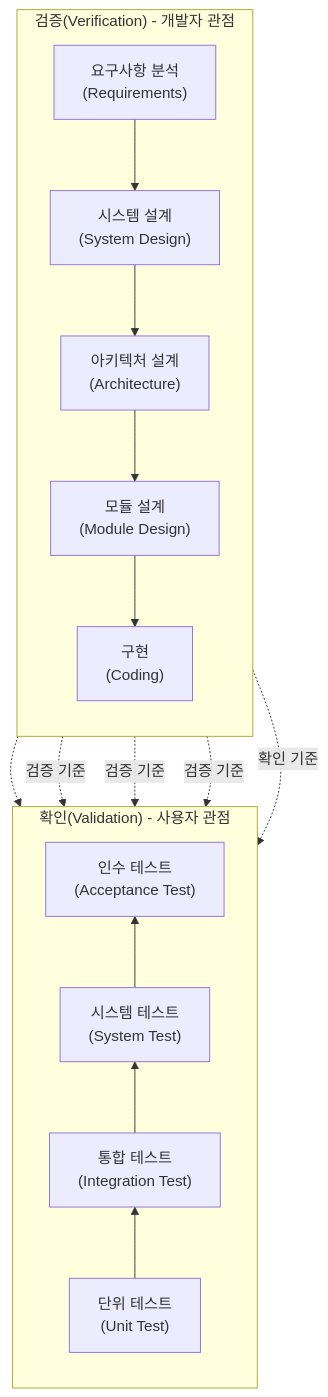
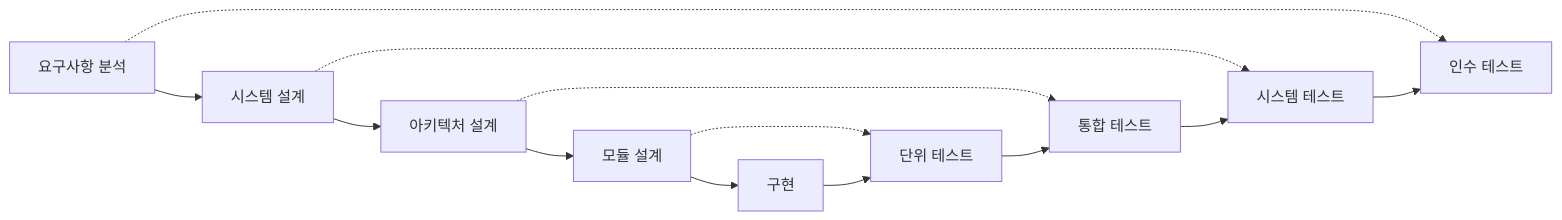
One commit to supremethumb/supremethumb.github.io changed the diagram in content/01_IT Tech/소프트웨어 테스트.md. Above: the diagram before and after it, drawn with Mermaid. The commit also changed other lines of this file and 1087 other files, not shown here.

````diff
--- a/content/01_IT Tech/소프트웨어 테스트.md
+++ b/content/01_IT Tech/소프트웨어 테스트.md
@@ -23,30 +35,9 @@
 ```mermaid
-flowchart TB
-    subgraph 검증_Verification["검증(Verification) - 개발자 관점"]
-        direction TB
-        REQ["요구사항 분석<br/>(Requirements)"]
-        SYS["시스템 설계<br/>(System Design)"]
-        ARC["아키텍처 설계<br/>(Architecture)"]
-        MOD["모듈 설계<br/>(Module Design)"]
-        COD["구현<br/>(Coding)"]
-        
-        REQ --> SYS --> ARC --> MOD --> COD
-    end
-
-    subgraph 확인_Validation["확인(Validation) - 사용자 관점"]
-        direction BT
-        ACC["인수 테스트<br/>(Acceptance Test)"]
-        SYST["시스템 테스트<br/>(System Test)"]
-        INT["통합 테스트<br/>(Integration Test)"]
-        UNIT["단위 테스트<br/>(Unit Test)"]
-        
-        UNIT --> INT --> SYST --> ACC
-    end
-
-    COD -.-> UNIT
-    MOD -.->|검증 기준| UNIT
-    ARC -.->|검증 기준| INT
-    SYS -.->|검증 기준| SYST
-    REQ -.->|확인 기준| ACC
-
+flowchart LR
+    REQ["요구사항 분석"] -.-> ACC["인수 테스트"]
+    SYS["시스템 설계"] -.-> SYST["시스템 테스트"]
+    ARC["아키텍처 설계"] -.-> INT["통합 테스트"]
+    MOD["모듈 설계"] -.-> UNIT["단위 테스트"]
+    REQ --> SYS --> ARC --> MOD --> COD["구현"]
+    COD --> UNIT --> INT --> SYST --> ACC
 ```
````
